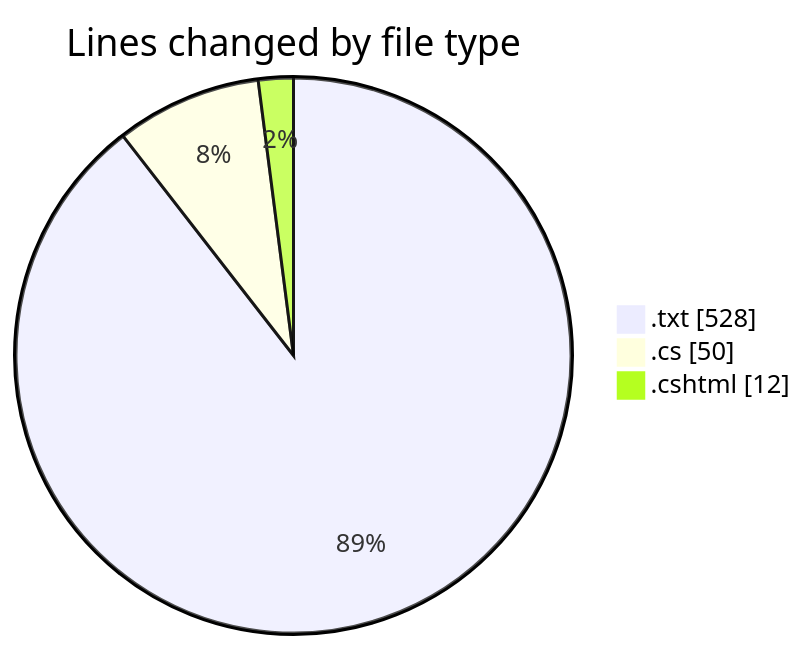
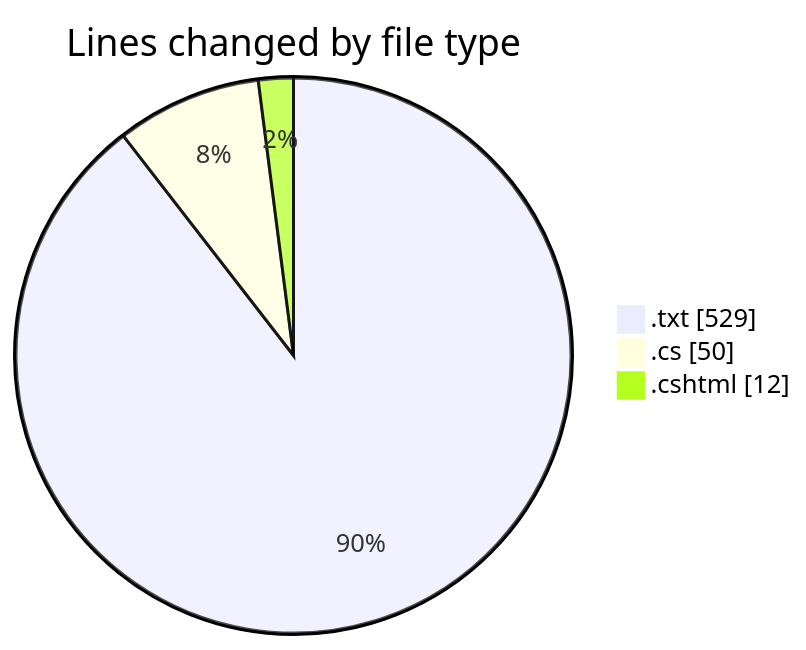
The first of 2 diagrams in 2025-07-26/quanlyrapchieuphim-1/README.md (lephambinh05/code-tracking), drawn with Mermaid before and after one commit. The commit also changed other lines of this file and 1 other file, not shown here.

````diff
--- a/2025-07-26/quanlyrapchieuphim-1/README.md
+++ b/2025-07-26/quanlyrapchieuphim-1/README.md
@@ -24,7 +24,7 @@
 ```mermaid
 pie showData
 title Lines changed by file type
-".txt" : 528
+".txt" : 529
 ".cs" : 50
 ".cshtml" : 12
 ```
````
